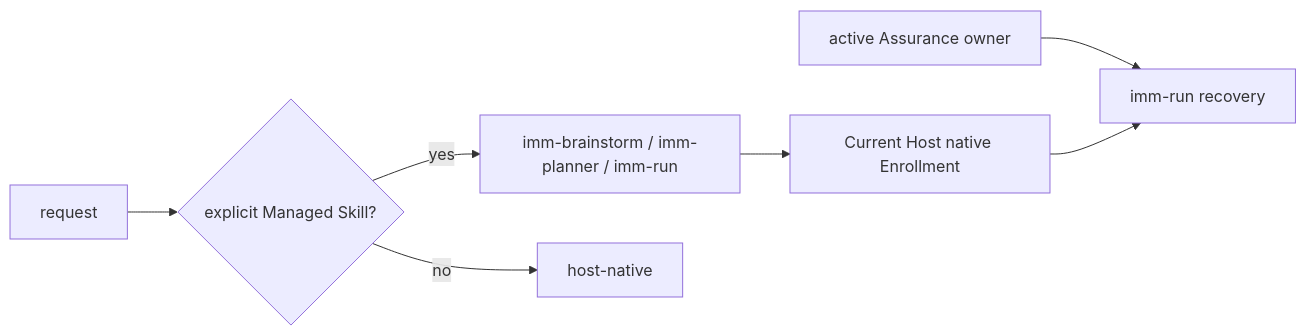
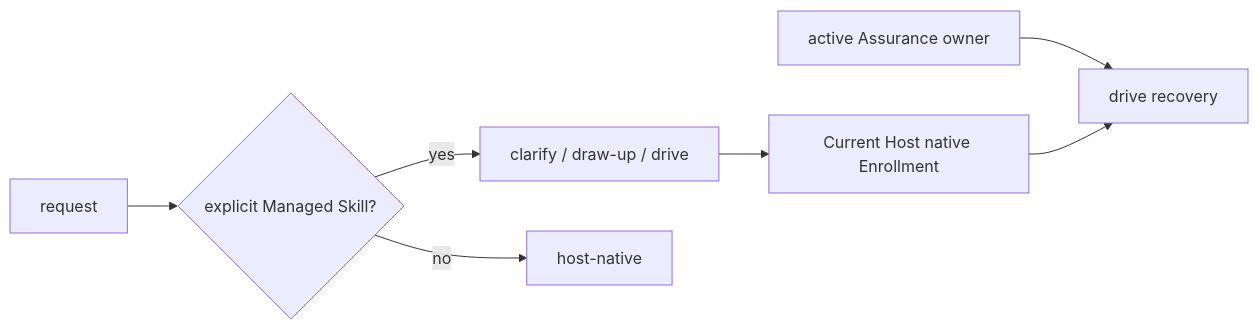
The first of 2 diagrams in plugins/immune-brain/README.md (dereknex/immune-brain), drawn with Mermaid before and after one commit. The commit also changed other lines of this file and 175 other files, not shown here.

````diff
--- a/plugins/immune-brain/README.md
+++ b/plugins/immune-brain/README.md
@@ -46,9 +46,9 @@
 ```mermaid
 flowchart LR
   request[request] --> explicit{explicit Managed Skill?}
-  explicit -->|yes| skill[imm-brainstorm / imm-planner / imm-run]
+  explicit -->|yes| skill[clarify / draw-up / drive]
   explicit -->|no| host[host-native]
-  owner[active Assurance owner] --> loop[imm-run recovery]
+  owner[active Assurance owner] --> loop[drive recovery]
   skill --> native[Current Host native Enrollment]
   native --> loop
 ```
````
